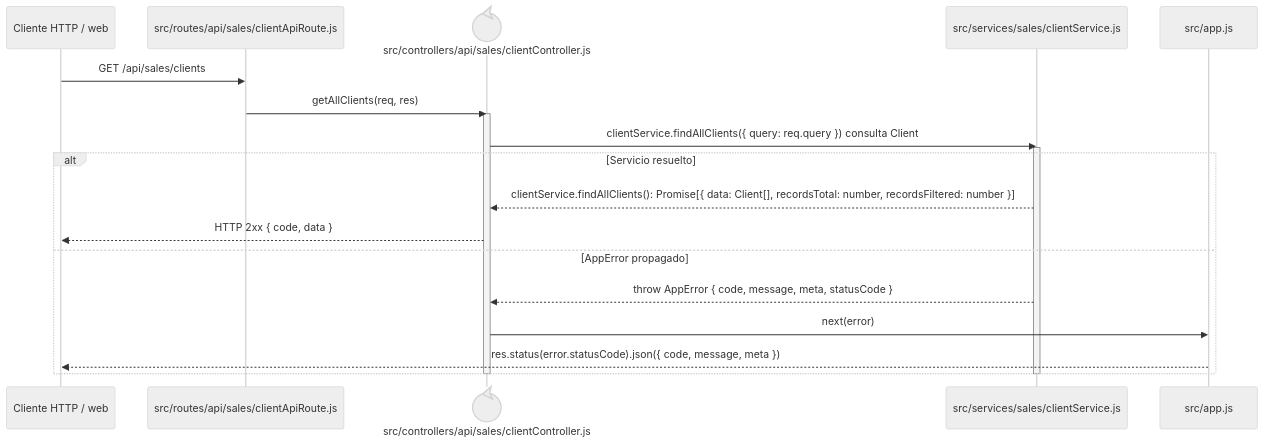
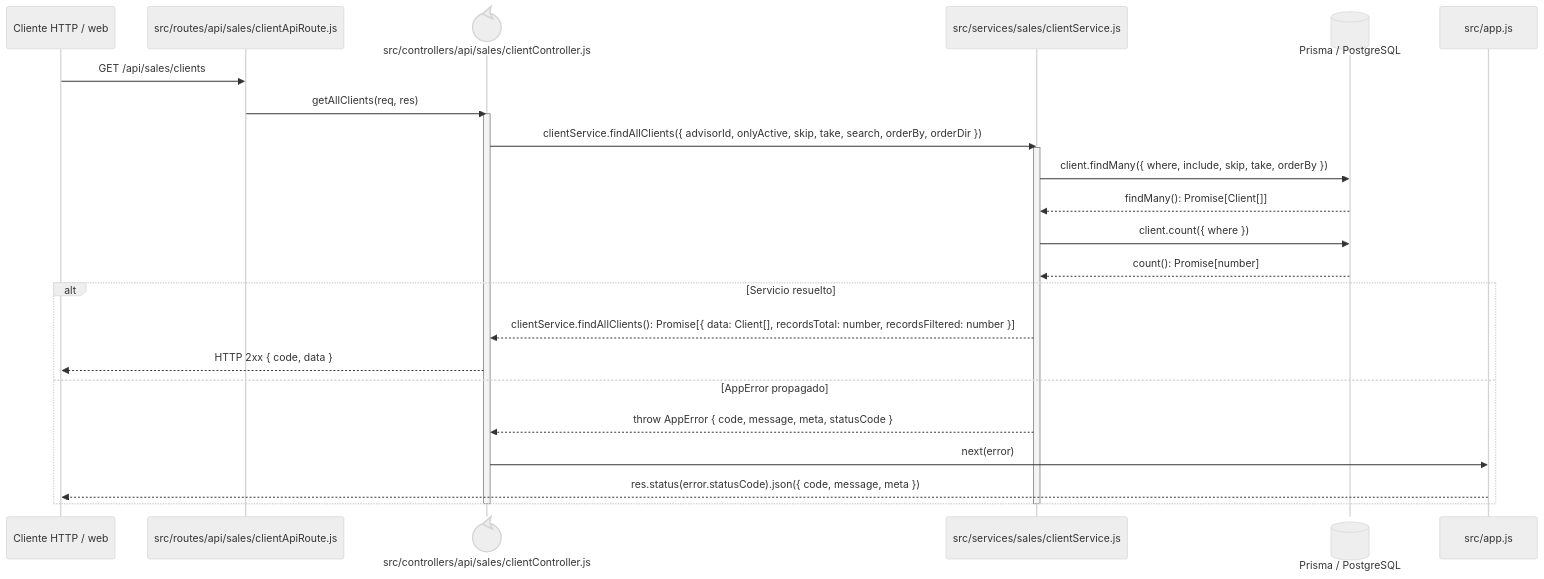
One commit to gpgsistemas01/nexus changed the diagram in docs/architecture/backend-code-sequences/catalogs/cu-cat-05.md. Above: the diagram before and after it, drawn with Mermaid (neutral theme). The commit also changed 22 other files, not shown here.

````diff
--- a/docs/architecture/backend-code-sequences/catalogs/cu-cat-05.md
+++ b/docs/architecture/backend-code-sequences/catalogs/cu-cat-05.md
@@ -6,24 +6,29 @@
 ```mermaid
 sequenceDiagram
     participant Client as Cliente HTTP / web
     participant Route as src/routes/api/sales/clientApiRoute.js
     participant Controller@{ "type": "control" } as src/controllers/api/sales/clientController.js
     participant Domain as src/services/sales/clientService.js
+    participant Prisma@{ "type": "database" } as Prisma / PostgreSQL
     participant ErrorHandler as src/app.js
 
     Client->>Route: GET /api/sales/clients
     Route->>Controller: getAllClients(req, res)
     activate Controller
-    Controller->>Domain: clientService.findAllClients({ query: req.query }) consulta Client
+    Controller->>Domain: clientService.findAllClients({ advisorId, onlyActive, skip, take, search, orderBy, orderDir })
     activate Domain
+    Domain->>Prisma: client.findMany({ where, include, skip, take, orderBy })
+    Prisma-->>Domain: findMany(): Promise[Client[]]
+    Domain->>Prisma: client.count({ where })
+    Prisma-->>Domain: count(): Promise[number]
     alt Servicio resuelto
         Domain-->>Controller: clientService.findAllClients(): Promise[{ data: Client[], recordsTotal: number, recordsFiltered: number }]
         Controller-->>Client: HTTP 2xx { code, data }
     else AppError propagado
         Domain-->>Controller: throw AppError { code, message, meta, statusCode }
         Controller->>ErrorHandler: next(error)
         ErrorHandler-->>Client: res.status(error.statusCode).json({ code, message, meta })
     end
     deactivate Domain
     deactivate Controller
 ```
````
